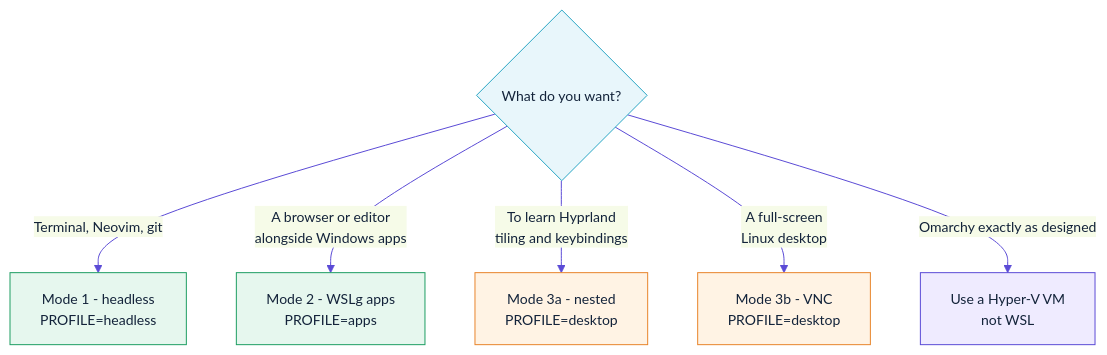
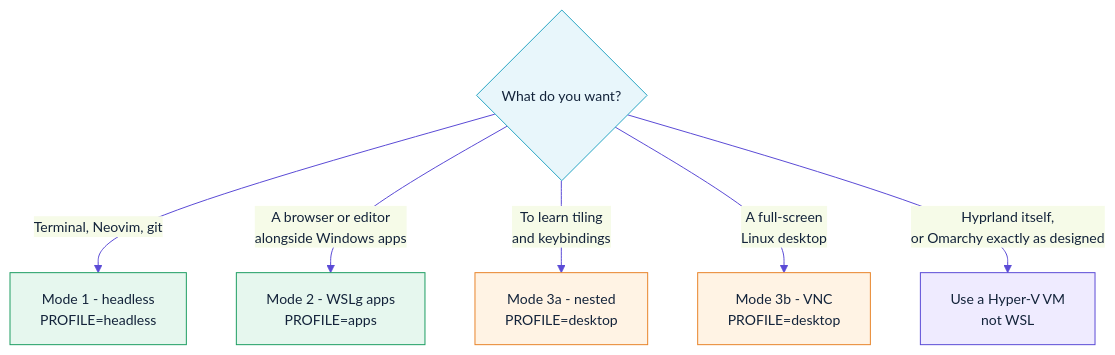
Before and after one commit to clarenceb/omarchy-wsl2: the fourth of 4 diagrams in docs/03-modes.md, drawn with Mermaid. The commit also changed other lines of this file and 8 other files, not shown here.

````diff
--- a/docs/03-modes.md
+++ b/docs/03-modes.md
@@ -217,16 +242,16 @@
 ```mermaid
 %%{init: {'theme':'base','themeVariables':{'primaryColor':'#E8F6FB','primaryTextColor':'#13233A','primaryBorderColor':'#2AA6C4','lineColor':'#5B4BD6','fontSize':'14px'}}}%%
 flowchart TD
     A{"What do you want?"} -->|"Terminal, Neovim, git"| M1["Mode 1 - headless<br/>PROFILE=headless"]
     A -->|"A browser or editor<br/>alongside Windows apps"| M2["Mode 2 - WSLg apps<br/>PROFILE=apps"]
-    A -->|"To learn Hyprland<br/>tiling and keybindings"| M3A["Mode 3a - nested<br/>PROFILE=desktop"]
+    A -->|"To learn tiling<br/>and keybindings"| M3A["Mode 3a - nested<br/>PROFILE=desktop"]
     A -->|"A full-screen<br/>Linux desktop"| M3B["Mode 3b - VNC<br/>PROFILE=desktop"]
-    A -->|"Omarchy exactly as designed"| VM["Use a Hyper-V VM<br/>not WSL"]
+    A -->|"Hyprland itself,<br/>or Omarchy exactly as designed"| VM["Use a Hyper-V VM<br/>not WSL"]
 
     style A fill:#E8F6FB,stroke:#2AA6C4,color:#13233A
     style M1 fill:#E6F7EE,stroke:#1E9E63,color:#13233A
     style M2 fill:#E6F7EE,stroke:#1E9E63,color:#13233A
     style M3A fill:#FFF3E4,stroke:#E8842B,color:#13233A
     style M3B fill:#FFF3E4,stroke:#E8842B,color:#13233A
     style VM fill:#EFEBFF,stroke:#5B4BD6,color:#13233A
 ```
````
